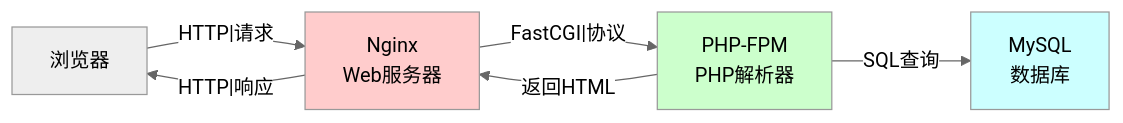
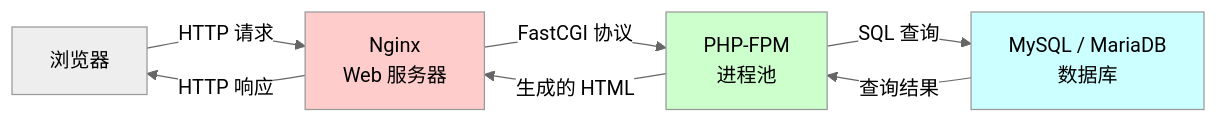
Before and after one commit to before80/prgms: the second of 2 diagrams in content/linux/web_service/Chapter-42-LAMP-LEMP-Environment.md, drawn with Mermaid (neutral theme). The commit also changed other lines of this file and 1645 other files, not shown here.

````diff
--- a/content/linux/web_service/Chapter-42-LAMP-LEMP-Environment.md
+++ b/content/linux/web_service/Chapter-42-LAMP-LEMP-Environment.md
@@ -86,11 +88,12 @@
 ```mermaid
 graph LR
-    A["浏览器"] -->|"HTTP|请求"| B["Nginx<br/>Web服务器"]
-    B -->|"FastCGI|协议"| C["PHP-FPM<br/>PHP解析器"]
-    C -->|"SQL查询"| D["MySQL<br/>数据库"]
-    C -->|"返回HTML"| B
-    B -->|"HTTP|响应"| A
+    A["浏览器"] -->|"HTTP 请求"| B["Nginx<br/>Web 服务器"]
+    B -->|"FastCGI 协议"| C["PHP-FPM<br/>进程池"]
+    C -->|"SQL 查询"| D["MySQL / MariaDB<br/>数据库"]
+    D -->|"查询结果"| C
+    C -->|"生成的 HTML"| B
+    B -->|"HTTP 响应"| A
     style B fill:#ffcccc
     style C fill:#ccffcc
     style D fill:#ccffff
 ```
````
